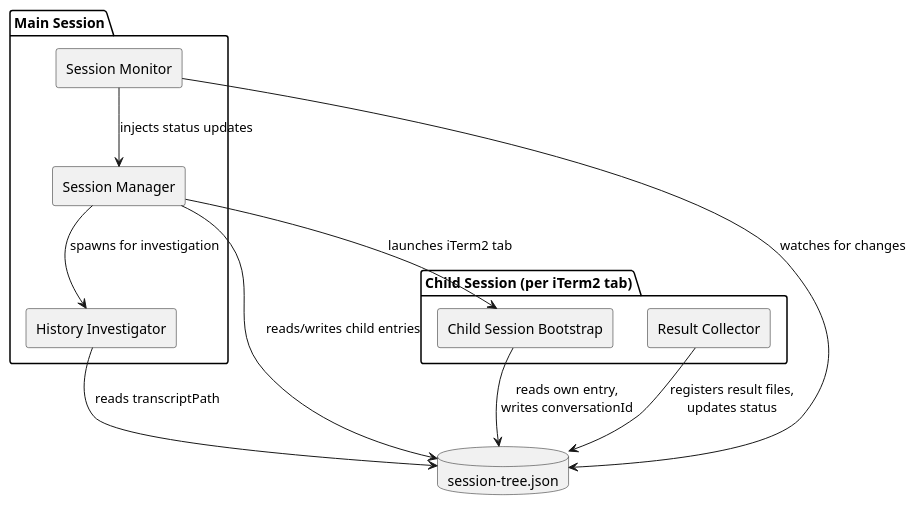
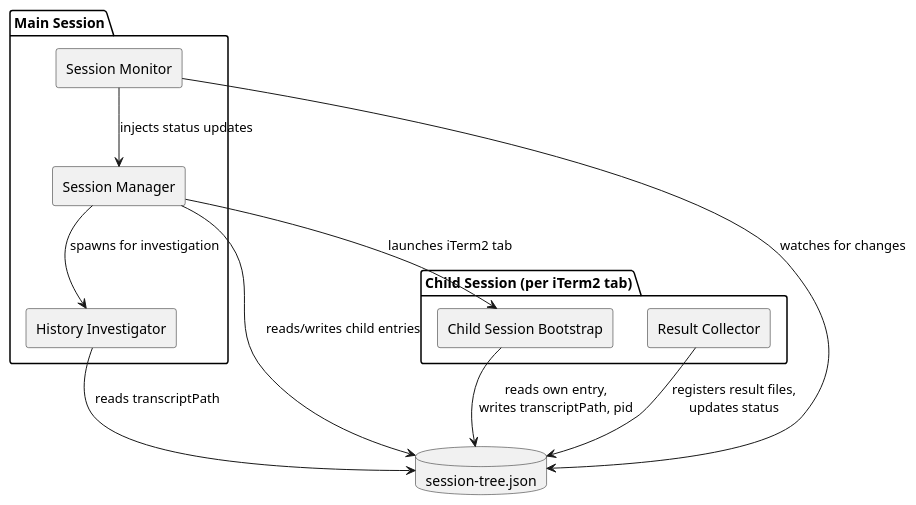
Before and after one commit to studykit/studykit-marketplace: the first of 6 diagrams in A4/co-think/2026-03-29-2100-agent-orchestrator.architecture.md, drawn with PlantUML. The commit also changed other lines of this file and 15 other files, not shown here.

First line of the commit message:
fix(A4): resolve architecture-implementation discrepancies and update docs

````diff
--- a/A4/co-think/2026-03-29-2100-agent-orchestrator.architecture.md
+++ b/A4/co-think/2026-03-29-2100-agent-orchestrator.architecture.md
@@ -25,27 +25,27 @@
 ```plantuml
 @startuml
 skinparam componentStyle rectangle
 
 package "Main Session" {
   component [Session Manager] as SM
   component [Session Monitor] as MO
   component [History Investigator] as HI
 }
 
 package "Child Session (per iTerm2 tab)" {
   component [Child Session Bootstrap] as CB
   component [Result Collector] as RC
 }
 
 database "session-tree.json" as ST
 
 SM --> ST : reads/writes child entries
 SM --> CB : launches iTerm2 tab
-CB --> ST : reads own entry,\nwrites conversationId
+CB --> ST : reads own entry,\nwrites transcriptPath, pid
 RC --> ST : registers result files,\nupdates status
 MO --> ST : watches for changes
 MO --> SM : injects status updates
 SM --> HI : spawns for investigation
 HI --> ST : reads transcriptPath
 @enduml
 ```
````
